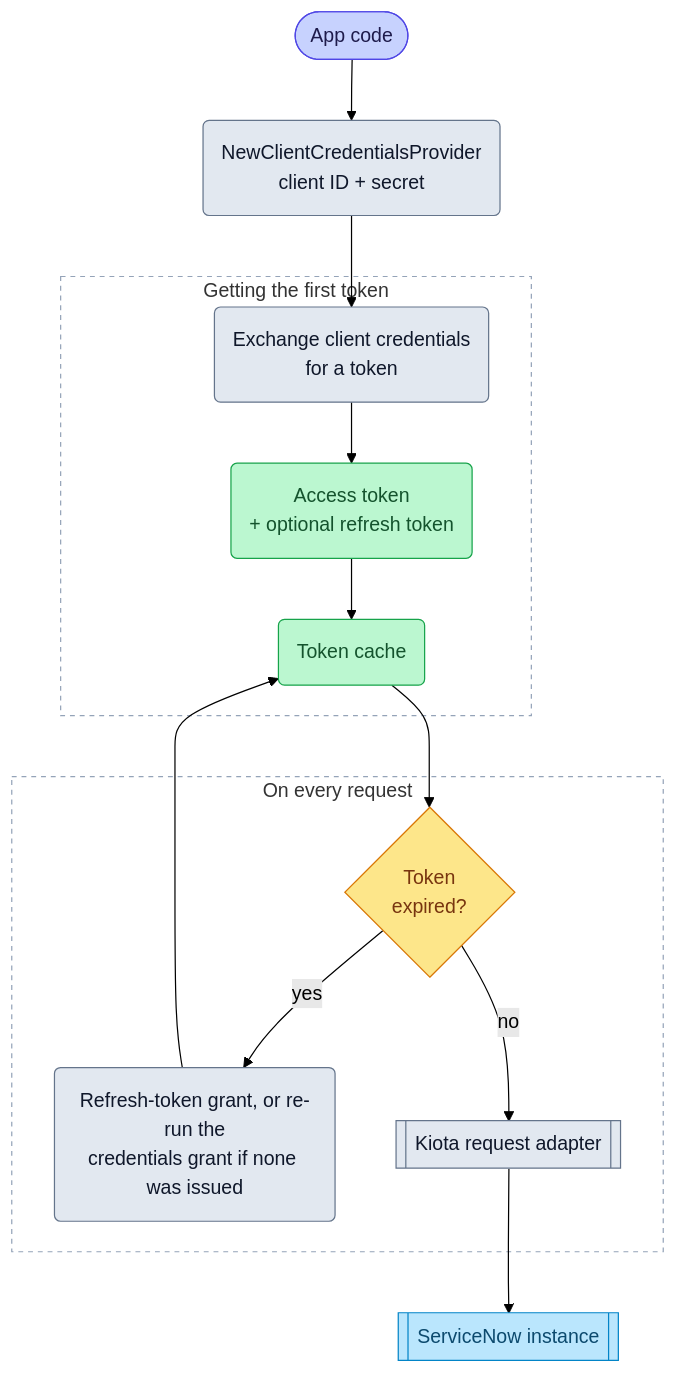
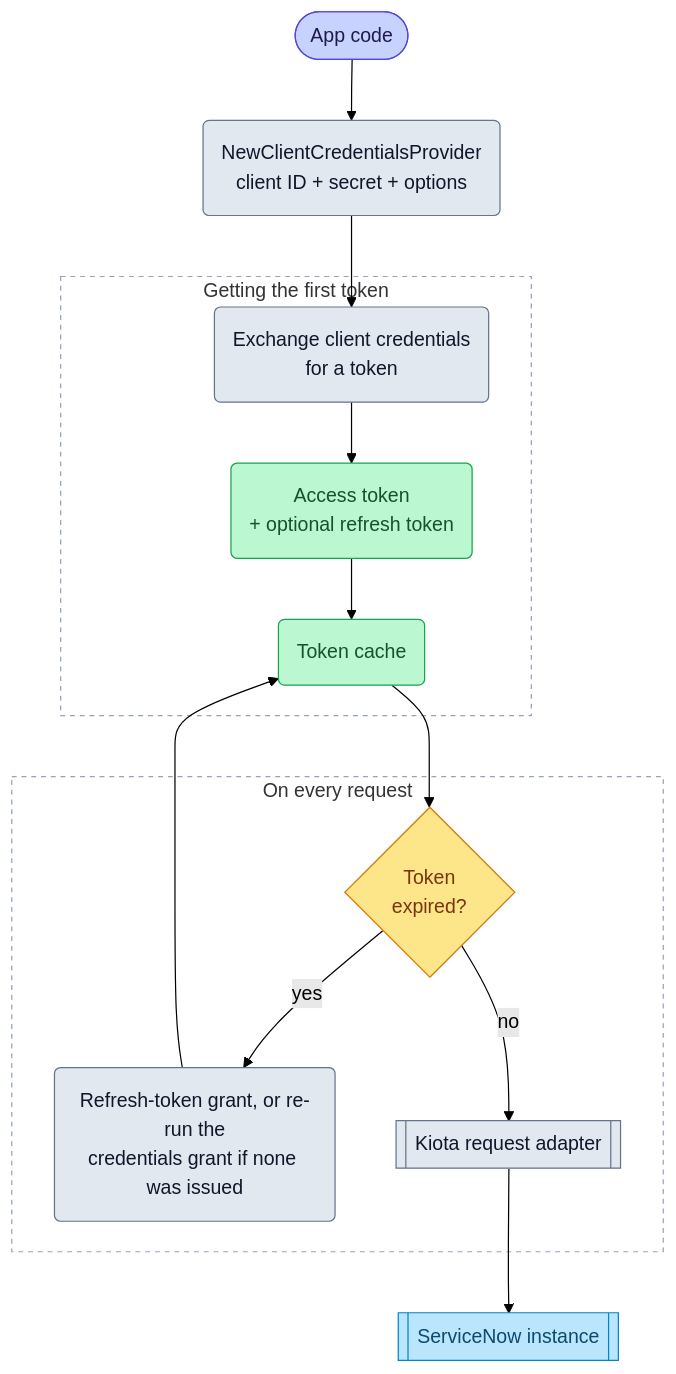
Before and after one commit to michaeldcanady/servicenow-sdk-go: the diagram in website/docs/user-guide/authentication/client-credentials.mdx, drawn with Mermaid (forest theme). The commit also changed 9 other files, not shown here.

````diff
--- a/website/docs/user-guide/authentication/client-credentials.mdx
+++ b/website/docs/user-guide/authentication/client-credentials.mdx
@@ -29,27 +29,27 @@
 ```mermaid
 flowchart TD
-    A([App code]):::app --> B(NewClientCredentialsProvider<br/>client ID + secret):::sdk
+    A([App code]):::app --> B(NewClientCredentialsProvider<br/>client ID + secret + options):::sdk
 
     subgraph acquire ["Getting the first token"]
         F(Exchange client credentials<br/>for a token):::sdk --> G(Access token<br/>+ optional refresh token):::token
         G --> H(Token cache):::token
     end
     B --> F
 
     subgraph request ["On every request"]
         I{Token<br/>expired?}:::decision
         I -- yes --> J(Refresh-token grant, or re-run the<br/>credentials grant if none was issued):::sdk
         I -- no --> K[[Kiota request adapter]]:::sdk
     end
     H --> I
     J --> H
     K --> L[[ServiceNow instance]]:::external
 
     classDef app fill:#c7d2fe,stroke:#4f46e5,color:#1e1b4b
     classDef sdk fill:#e2e8f0,stroke:#64748b,color:#0f172a
     classDef decision fill:#fde68a,stroke:#d97706,color:#78350f
     classDef token fill:#bbf7d0,stroke:#16a34a,color:#14532d
     classDef external fill:#bae6fd,stroke:#0284c7,color:#0c4a6e
     style acquire fill:transparent,stroke:#94a3b8,stroke-dasharray:4 4
     style request fill:transparent,stroke:#94a3b8,stroke-dasharray:4 4
 ```
````
